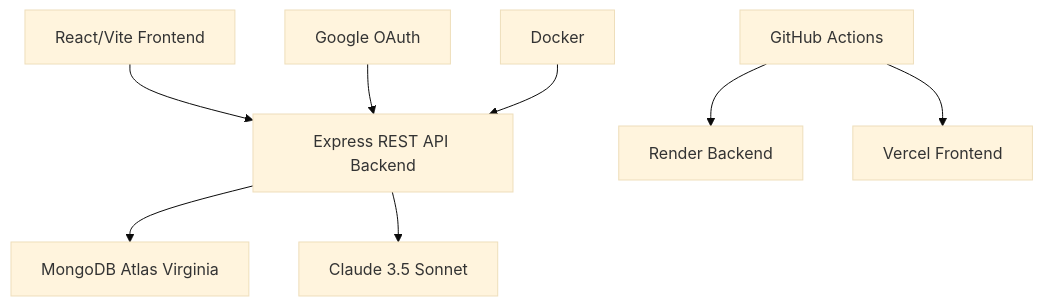
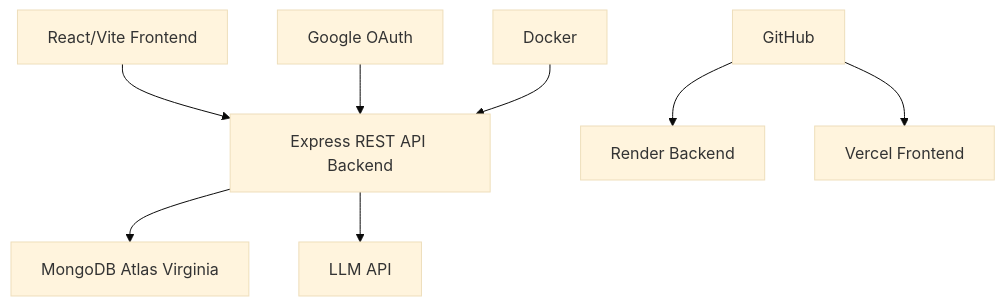
One commit to Ravikiranreddybada/agentpilot changed the diagram in README.md. Above: the diagram before and after it, drawn with Mermaid (base theme). The commit also changed other lines of this file, not shown here.

Commit message:
Refined README: removed Claude 3.5 refs, stars, live demo sections

````diff
--- a/README.md
+++ b/README.md
@@ -23,10 +18,10 @@
 ```mermaid
 graph TB
   A[React/Vite Frontend] --> B[Express REST API Backend]
   B --> C[MongoDB Atlas Virginia]
-  B --> D[Claude 3.5 Sonnet]
+  B --> D[LLM API]
   E[Google OAuth] --> B
   F[Docker] --> B
-  G[GitHub Actions] --> H[Render Backend]
+  G[GitHub] --> H[Render Backend]
   G --> I[Vercel Frontend]
 ```
````
